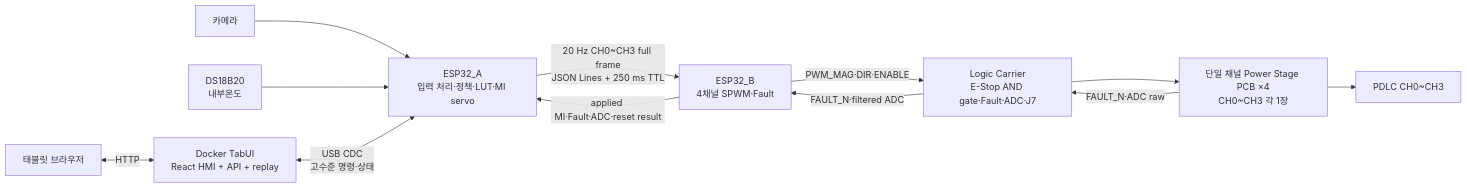
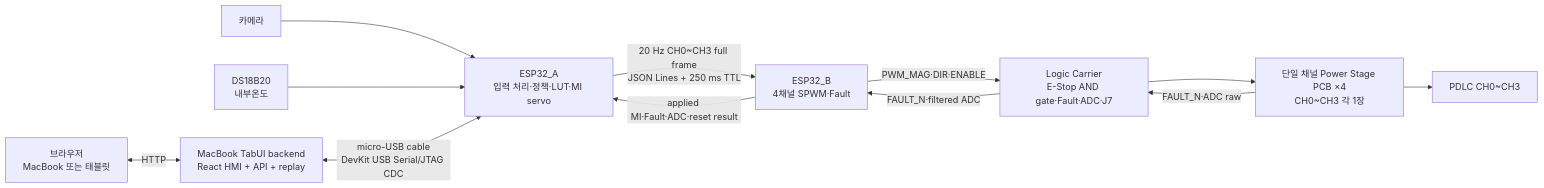
One commit to ifinalp0/2026ESWcontest_free_KUGLASS changed the diagram in README.md. Above: the diagram before and after it, drawn with Mermaid. The commit also changed other lines of this file and 47 other files, not shown here.

````diff
--- a/README.md
+++ b/README.md
@@ -9,14 +9,14 @@
 ```mermaid
 flowchart LR
     CAM[카메라] --> A[ESP32_A<br/>입력 처리·정책·LUT·MI servo]
     TEMP[DS18B20<br/>내부온도] --> A
     A -->|20 Hz CH0~CH3 full frame<br/>JSON Lines + 250 ms TTL| B[ESP32_B<br/>4채널 SPWM·Fault]
     B -->|PWM_MAG·DIR·ENABLE| CARRIER[Logic Carrier<br/>E-Stop AND gate·Fault·ADC·J7]
     CARRIER --> POWER[단일 채널 Power Stage PCB ×4<br/>CH0~CH3 각 1장]
     POWER -->|FAULT_N·ADC raw| CARRIER
     CARRIER -->|FAULT_N·filtered ADC| B
     POWER --> PDLC[PDLC CH0~CH3]
     B -->|applied MI·Fault·ADC·reset result| A
-    TABLET[태블릿 브라우저] <-->|HTTP| TAB[Docker TabUI<br/>React HMI + API + replay]
-    TAB <-->|USB CDC<br/>고수준 명령·상태| A
+    UI[브라우저<br/>MacBook 또는 태블릿] <-->|HTTP| TAB[MacBook TabUI backend<br/>React HMI + API + replay]
+    TAB <-->|micro-USB cable<br/>DevKit USB Serial/JTAG CDC| A
 ```
````
